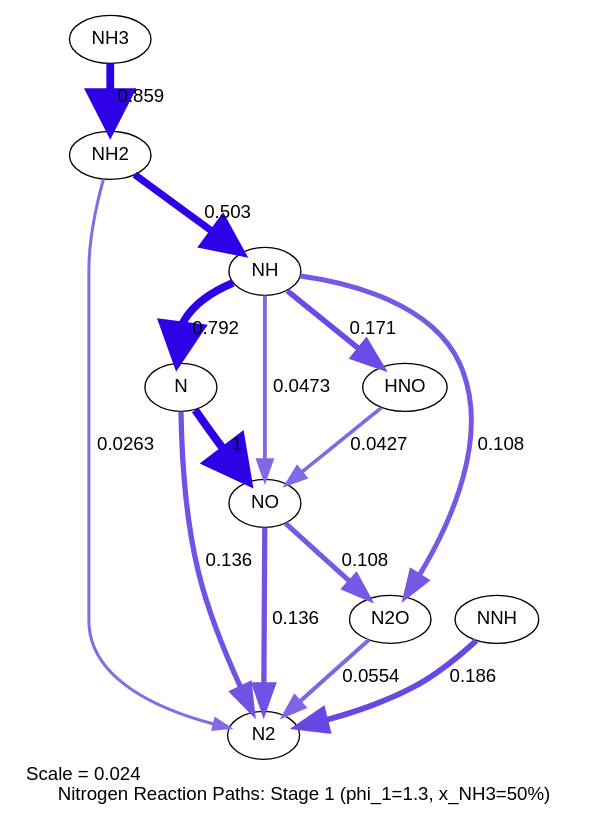
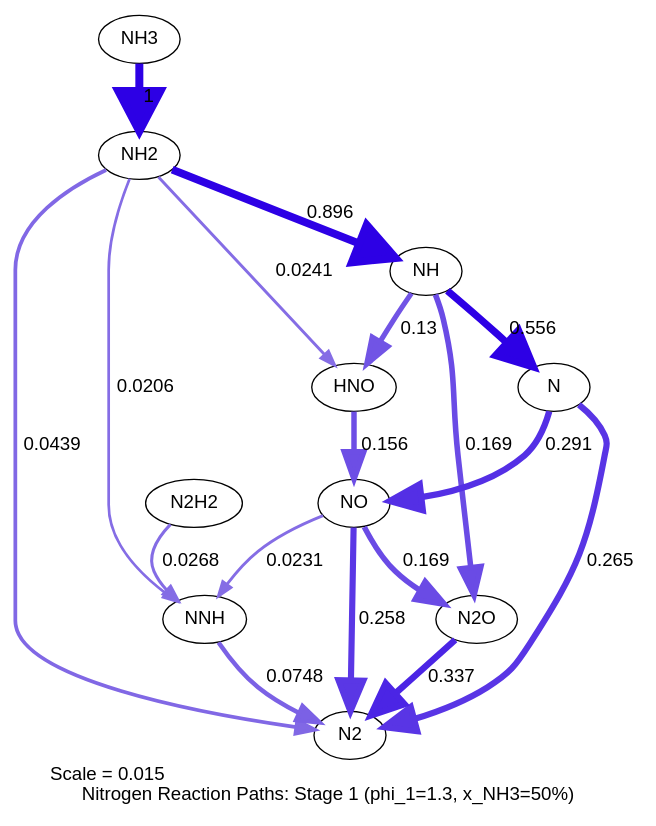
Before and after one commit to gargarnav0708/ammonia-hydrogen-staged-combustion: the diagram in results/plots/reaction_path_phi1_1p3_stage1.dot, drawn with Graphviz. The commit also changed 16 other files, not shown here.

```diff
--- a/results/plots/reaction_path_phi1_1p3_stage1.dot
+++ b/results/plots/reaction_path_phi1_1p3_stage1.dot
@@ -1,42 +1,49 @@
 digraph reaction_paths {
 center=1;
-s13 -> s14[fontname="Helvetica", penwidth=5.84, arrowsize=2.92, color="0.7, 1.36, 0.9"
-, label=" 0.859"];
-s14 -> s15[fontname="Helvetica", penwidth=5.3, arrowsize=2.65, color="0.7, 1, 0.9"
-, label=" 0.503"];
-s14 -> s2[fontname="Helvetica", penwidth=2.28, arrowsize=1.14, color="0.7, 0.526, 0.9"
-, label=" 0.0263"];
-s15 -> s19[fontname="Helvetica", penwidth=4.19, arrowsize=2.1, color="0.7, 0.671, 0.9"
-, label=" 0.171"];
-s15 -> s12[fontname="Helvetica", penwidth=5.76, arrowsize=2.88, color="0.7, 1.29, 0.9"
-, label=" 0.792"];
-s15 -> s17[fontname="Helvetica", penwidth=2.88, arrowsize=1.44, color="0.7, 0.547, 0.9"
-, label=" 0.0473"];
-s15 -> s18[fontname="Helvetica", penwidth=3.73, arrowsize=1.86, color="0.7, 0.608, 0.9"
-, label=" 0.108"];
-s19 -> s17[fontname="Helvetica", penwidth=2.77, arrowsize=1.39, color="0.7, 0.543, 0.9"
-, label=" 0.0427"];
-s12 -> s2[fontname="Helvetica", penwidth=3.96, arrowsize=1.98, color="0.7, 0.636, 0.9"
-, label=" 0.136"];
-s12 -> s17[fontname="Helvetica", penwidth=6, arrowsize=3, color="0.7, 1.5, 0.9"
+s13 -> s14[fontname="Helvetica", penwidth=6, arrowsize=3, color="0.7, 1.5, 0.9"
 , label=" 1"];
-s17 -> s2[fontname="Helvetica", penwidth=3.96, arrowsize=1.98, color="0.7, 0.636, 0.9"
-, label=" 0.136"];
-s16 -> s2[fontname="Helvetica", penwidth=4.28, arrowsize=2.14, color="0.7, 0.686, 0.9"
-, label=" 0.186"];
-s18 -> s2[fontname="Helvetica", penwidth=3.04, arrowsize=1.52, color="0.7, 0.555, 0.9"
-, label=" 0.0554"];
-s17 -> s18[fontname="Helvetica", penwidth=3.73, arrowsize=1.86, color="0.7, 0.608, 0.9"
-, label=" 0.108"];
+s14 -> s15[fontname="Helvetica", penwidth=5.89, arrowsize=2.94, color="0.7, 1.4, 0.9"
+, label=" 0.896"];
+s14 -> s19[fontname="Helvetica", penwidth=2.19, arrowsize=1.09, color="0.7, 0.524, 0.9"
+, label=" 0.0241"];
+s14 -> s2[fontname="Helvetica", penwidth=2.8, arrowsize=1.4, color="0.7, 0.544, 0.9"
+, label=" 0.0439"];
+s14 -> s16[fontname="Helvetica", penwidth=2.03, arrowsize=1.02, color="0.7, 0.521, 0.9"
+, label=" 0.0206"];
+s15 -> s19[fontname="Helvetica", penwidth=3.92, arrowsize=1.96, color="0.7, 0.63, 0.9"
+, label=" 0.13"];
+s15 -> s12[fontname="Helvetica", penwidth=5.4, arrowsize=2.7, color="0.7, 1.06, 0.9"
+, label=" 0.556"];
+s15 -> s18[fontname="Helvetica", penwidth=4.18, arrowsize=2.09, color="0.7, 0.669, 0.9"
+, label=" 0.169"];
+s19 -> s17[fontname="Helvetica", penwidth=4.1, arrowsize=2.05, color="0.7, 0.656, 0.9"
+, label=" 0.156"];
+s12 -> s2[fontname="Helvetica", penwidth=4.64, arrowsize=2.32, color="0.7, 0.765, 0.9"
+, label=" 0.265"];
+s12 -> s17[fontname="Helvetica", penwidth=4.74, arrowsize=2.37, color="0.7, 0.791, 0.9"
+, label=" 0.291"];
+s17 -> s2[fontname="Helvetica", penwidth=4.61, arrowsize=2.31, color="0.7, 0.758, 0.9"
+, label=" 0.258"];
+s16 -> s2[fontname="Helvetica", penwidth=3.35, arrowsize=1.67, color="0.7, 0.575, 0.9"
+, label=" 0.0748"];
+s18 -> s2[fontname="Helvetica", penwidth=4.89, arrowsize=2.44, color="0.7, 0.837, 0.9"
+, label=" 0.337"];
+s17 -> s16[fontname="Helvetica", penwidth=2.15, arrowsize=1.07, color="0.7, 0.523, 0.9"
+, label=" 0.0231"];
+s17 -> s18[fontname="Helvetica", penwidth=4.18, arrowsize=2.09, color="0.7, 0.669, 0.9"
+, label=" 0.169"];
+s29 -> s16[fontname="Helvetica", penwidth=2.3, arrowsize=1.15, color="0.7, 0.527, 0.9"
+, label=" 0.0268"];
 s2 [ fontname="Helvetica", label="N2"];
 s12 [ fontname="Helvetica", label="N"];
 s13 [ fontname="Helvetica", label="NH3"];
 s14 [ fontname="Helvetica", label="NH2"];
 s15 [ fontname="Helvetica", label="NH"];
 s16 [ fontname="Helvetica", label="NNH"];
 s17 [ fontname="Helvetica", label="NO"];
 s18 [ fontname="Helvetica", label="N2O"];
 s19 [ fontname="Helvetica", label="HNO"];
- label = "Scale = 0.024\l Nitrogen Reaction Paths: Stage 1 (phi_1=1.3, x_NH3=50%)";
+s29 [ fontname="Helvetica", label="N2H2"];
+ label = "Scale = 0.015\l Nitrogen Reaction Paths: Stage 1 (phi_1=1.3, x_NH3=50%)";
  fontname = "Helvetica";
 }
```
